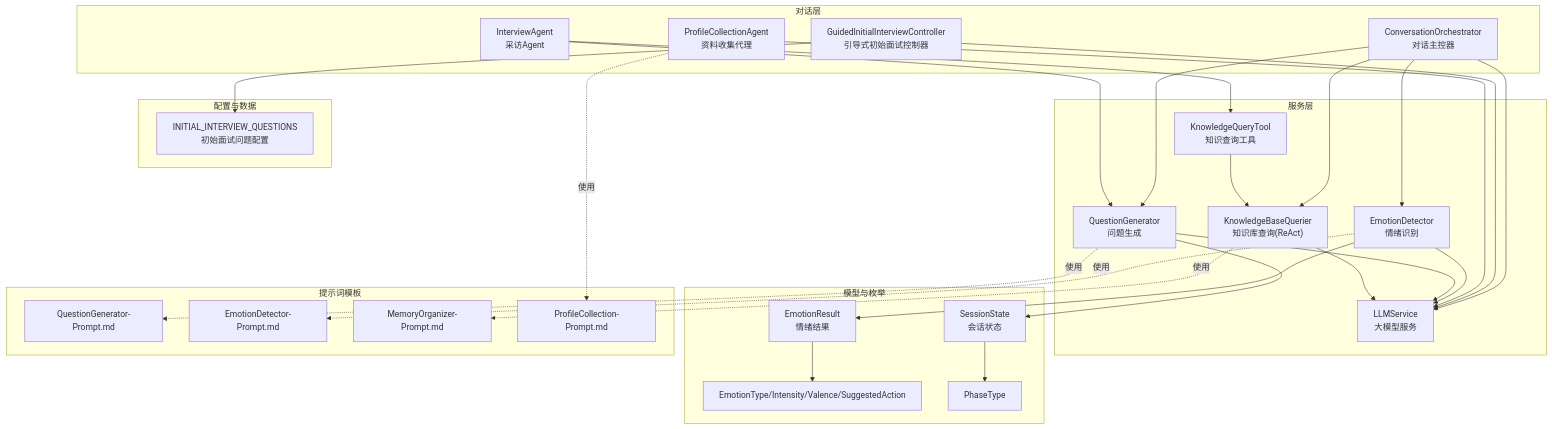
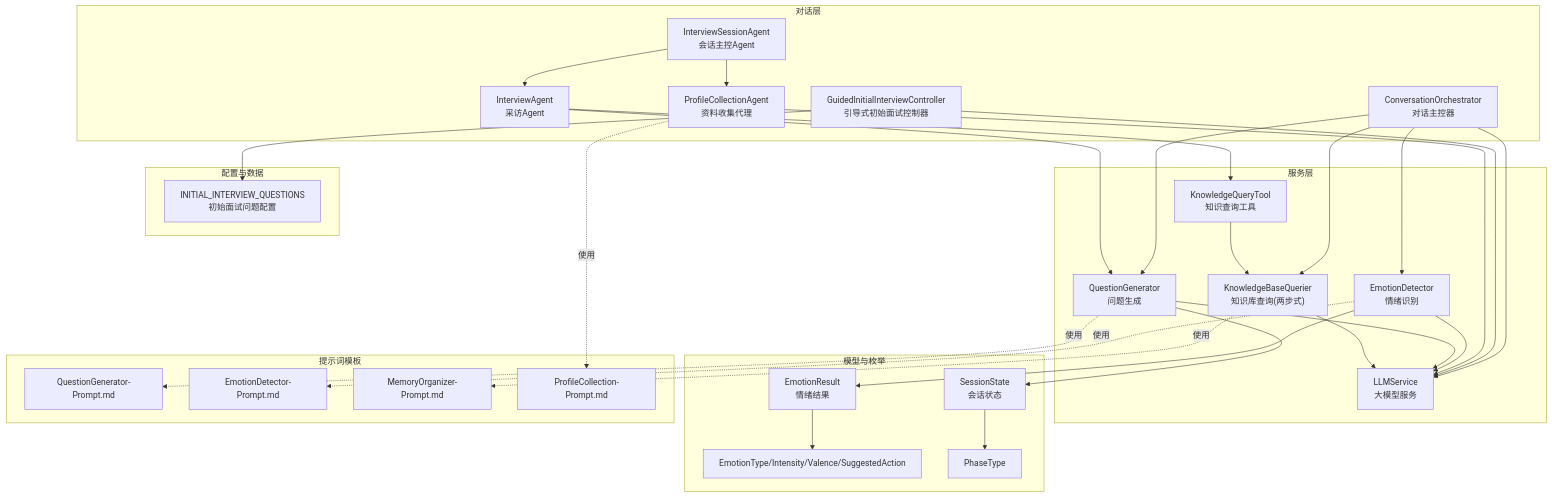
Before and after one commit to WangYiKai1017/zizuan: the first of 11 diagrams in .qoder/repowiki/zh/content/智能问答系统/智能问答系统.md, drawn with Mermaid. The commit also changed other lines of this file and 7 other files, not shown here.

````diff
--- a/.qoder/repowiki/zh/content/智能问答系统/智能问答系统.md
+++ b/.qoder/repowiki/zh/content/智能问答系统/智能问答系统.md
@@ -58,52 +60,55 @@
 ```mermaid
 graph TB
 subgraph "对话层"
 CO["ConversationOrchestrator<br/>对话主控器"]
 IA["InterviewAgent<br/>采访Agent"]
+ISA["InterviewSessionAgent<br/>会话主控Agent"]
 GIIC["GuidedInitialInterviewController<br/>引导式初始面试控制器"]
 PCA["ProfileCollectionAgent<br/>资料收集代理"]
 end
 subgraph "服务层"
 ED["EmotionDetector<br/>情绪识别"]
 QG["QuestionGenerator<br/>问题生成"]
-KBQ["KnowledgeBaseQuerier<br/>知识库查询(ReAct)"]
+KBQ["KnowledgeBaseQuerier<br/>知识库查询(两步式)"]
 LLM["LLMService<br/>大模型服务"]
 KQT["KnowledgeQueryTool<br/>知识查询工具"]
 end
 subgraph "模型与枚举"
 SS["SessionState<br/>会话状态"]
 ER["EmotionResult<br/>情绪结果"]
 ET["EmotionType/Intensity/Valence/SuggestedAction"]
 PT["PhaseType"]
 end
 subgraph "提示词模板"
 QGP["QuestionGenerator-Prompt.md"]
 EDP["EmotionDetector-Prompt.md"]
 MOP["MemoryOrganizer-Prompt.md"]
 PCP["ProfileCollection-Prompt.md"]
 end
 subgraph "配置与数据"
 IIQ["INITIAL_INTERVIEW_QUESTIONS<br/>初始面试问题配置"]
 end
 CO --> ED
 CO --> KBQ
 CO --> QG
 CO --> LLM
 IA --> QG
 IA --> KQT
+ISA --> IA
+ISA --> PCA
 GIIC --> LLM
 GIIC --> IIQ
 PCA --> LLM
 ED --> LLM
 QG --> LLM
 KBQ --> LLM
 KQT --> KBQ
 ED --> ER
 QG --> SS
 SS --> PT
 ER --> ET
 QG -.使用.-> QGP
 ED -.使用.-> EDP
 KBQ -.使用.-> MOP
 PCA -.使用.-> PCP
 ```
````
